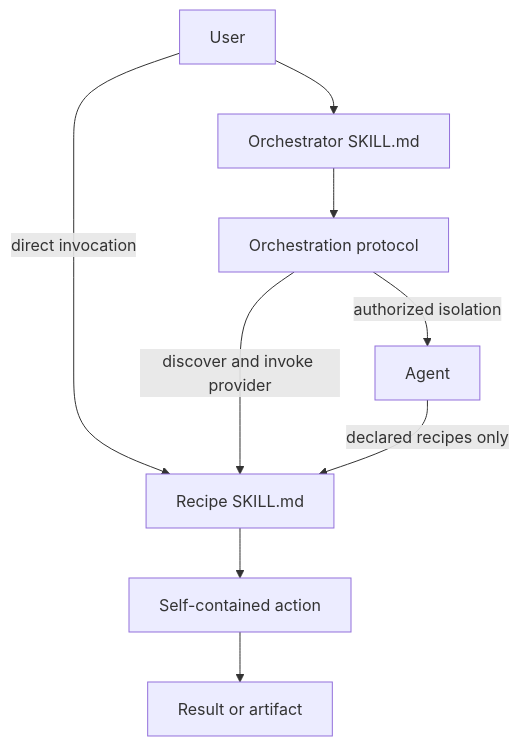
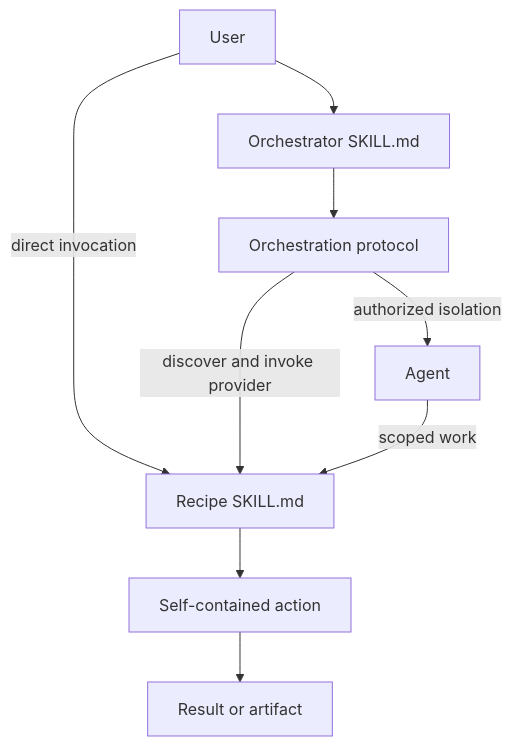
One commit to ai-driven-dev/framework changed the second of 2 diagrams in docs/ARCHITECTURE.md. Above: the diagram before and after it, drawn with Mermaid. The commit also changed other lines of this file and 18 other files, not shown here.

````diff
--- a/docs/ARCHITECTURE.md
+++ b/docs/ARCHITECTURE.md
@@ -87,11 +87,11 @@
 ```mermaid
 flowchart TB
   User["User"] --> Router["Orchestrator SKILL.md"]
   Router --> Protocol["Orchestration protocol"]
   User -->|direct invocation| Recipe["Recipe SKILL.md"]
   Protocol -->|discover and invoke provider| Recipe
   Protocol -->|authorized isolation| Agent["Agent"]
-  Agent -->|declared recipes only| Recipe
+  Agent -->|scoped work| Recipe
   Recipe --> Action["Self-contained action"]
   Action --> Result["Result or artifact"]
 ```
````
